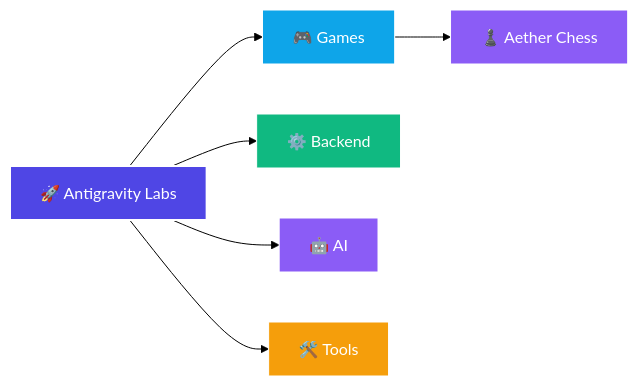
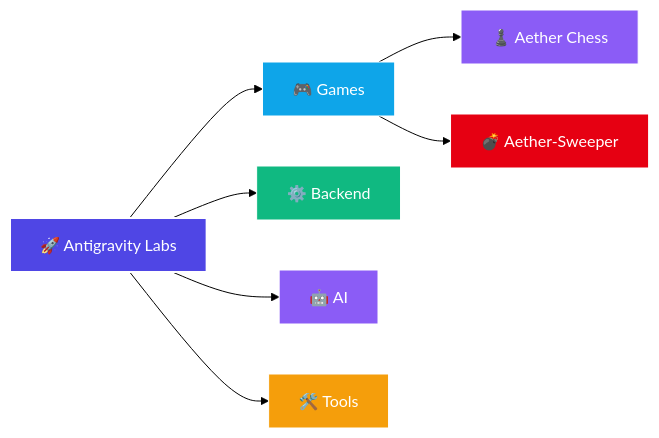
Before and after one commit to Leturnos/antigravity-labs: the diagram in README.md, drawn with Mermaid (forest theme). The commit also changed other lines of this file and 2 other files, not shown here.

````diff
--- a/README.md
+++ b/README.md
@@ -24,18 +25,20 @@
 ```mermaid
 flowchart LR
     Root["🚀 Antigravity Labs"]
 
     Root --> Games["🎮 Games"]
     Root --> Backend["⚙️ Backend"]
     Root --> AI["🤖 AI"]
     Root --> Tools["🛠️ Tools"]
 
     Games --> Chess["♟️ Aether Chess"]
+    Games --> Sweeper["💣 Aether-Sweeper"]
 
     style Root fill:#4f46e5,stroke:#fff,stroke-width:2px,color:#fff
     style Games fill:#0ea5e9,stroke:#fff,stroke-width:1px,color:#fff
     style Backend fill:#10b981,stroke:#fff,stroke-width:1px,color:#fff
     style AI fill:#8b5cf6,stroke:#fff,stroke-width:1px,color:#fff
     style Tools fill:#f59e0b,stroke:#fff,stroke-width:1px,color:#fff
     style Chess fill:#8b5cf6,stroke:#fff,stroke-width:1px,color:#fff
+    style Sweeper fill:#e60012,stroke:#fff,stroke-width:1px,color:#fff
 ```
````
